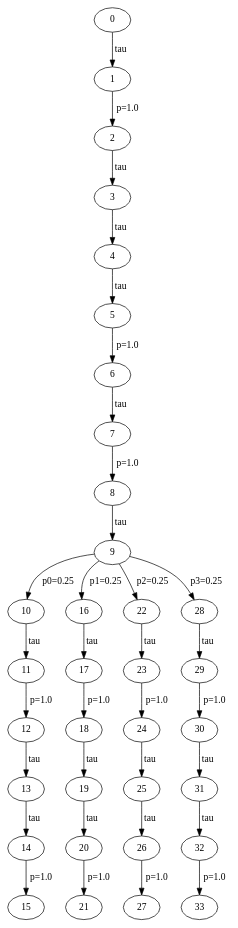
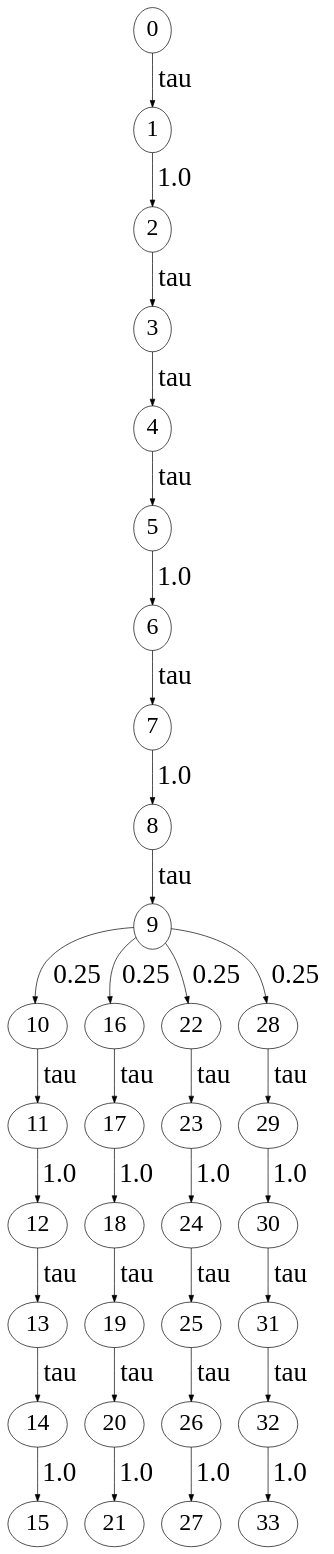
One commit to MartianQXD/QBisim changed the diagram in parse_output/concrete1-1.gv. Above: the diagram before and after it, drawn with Graphviz. The commit also changed 102 other files, not shown here.

```diff
--- a/parse_output/concrete1-1.gv
+++ b/parse_output/concrete1-1.gv
@@ -1,36 +1,38 @@
 // The qLTS Tel
 digraph {
+	node [fontsize=35]
+	edge [fontsize=40]
 	0 -> 1 [label=tau]
-	1 -> 2 [label="p=1.0"]
+	1 -> 2 [label=1.0]
 	2 -> 3 [label=tau]
 	3 -> 4 [label=tau]
 	4 -> 5 [label=tau]
-	5 -> 6 [label="p=1.0"]
+	5 -> 6 [label=1.0]
 	6 -> 7 [label=tau]
-	7 -> 8 [label="p=1.0"]
+	7 -> 8 [label=1.0]
 	8 -> 9 [label=tau]
-	9 -> 10 [label="p0=0.25"]
+	9 -> 10 [label=0.25]
 	10 -> 11 [label=tau]
-	11 -> 12 [label="p=1.0"]
+	11 -> 12 [label=1.0]
 	12 -> 13 [label=tau]
 	13 -> 14 [label=tau]
-	14 -> 15 [label="p=1.0"]
-	9 -> 16 [label="p1=0.25"]
+	14 -> 15 [label=1.0]
+	9 -> 16 [label=0.25]
 	16 -> 17 [label=tau]
-	17 -> 18 [label="p=1.0"]
+	17 -> 18 [label=1.0]
 	18 -> 19 [label=tau]
 	19 -> 20 [label=tau]
-	20 -> 21 [label="p=1.0"]
-	9 -> 22 [label="p2=0.25"]
+	20 -> 21 [label=1.0]
+	9 -> 22 [label=0.25]
 	22 -> 23 [label=tau]
-	23 -> 24 [label="p=1.0"]
+	23 -> 24 [label=1.0]
 	24 -> 25 [label=tau]
 	25 -> 26 [label=tau]
-	26 -> 27 [label="p=1.0"]
-	9 -> 28 [label="p3=0.25"]
+	26 -> 27 [label=1.0]
+	9 -> 28 [label=0.25]
 	28 -> 29 [label=tau]
-	29 -> 30 [label="p=1.0"]
+	29 -> 30 [label=1.0]
 	30 -> 31 [label=tau]
 	31 -> 32 [label=tau]
-	32 -> 33 [label="p=1.0"]
+	32 -> 33 [label=1.0]
 }
```
